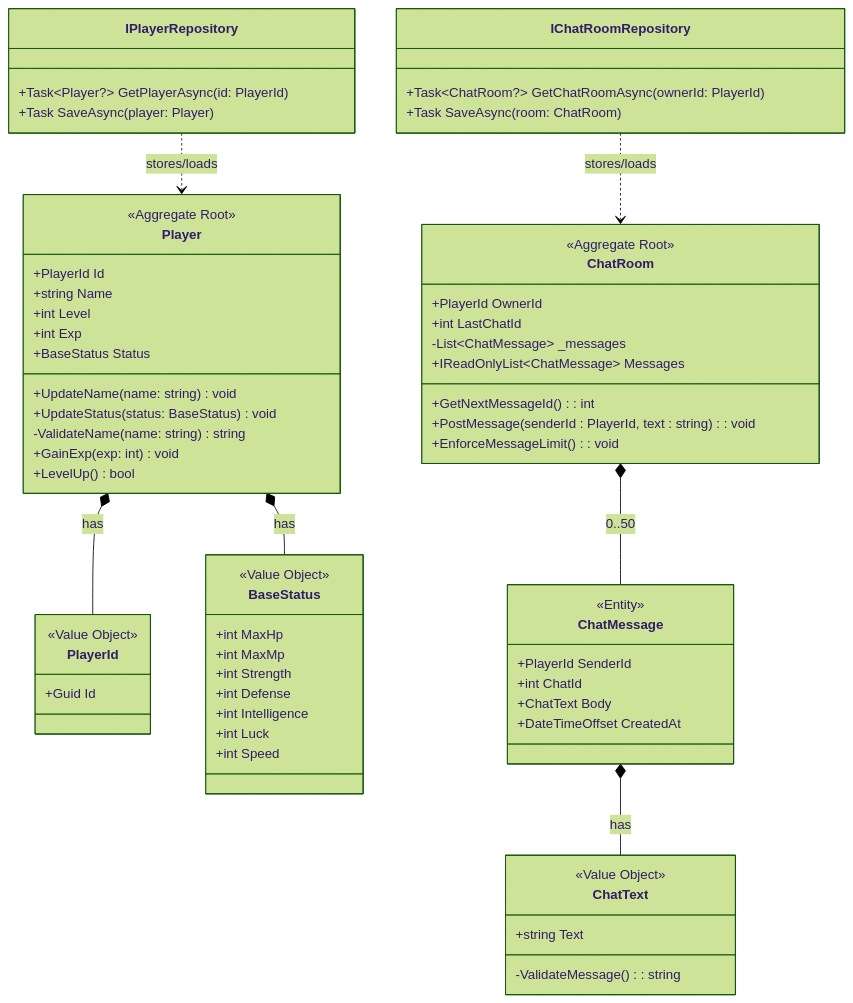
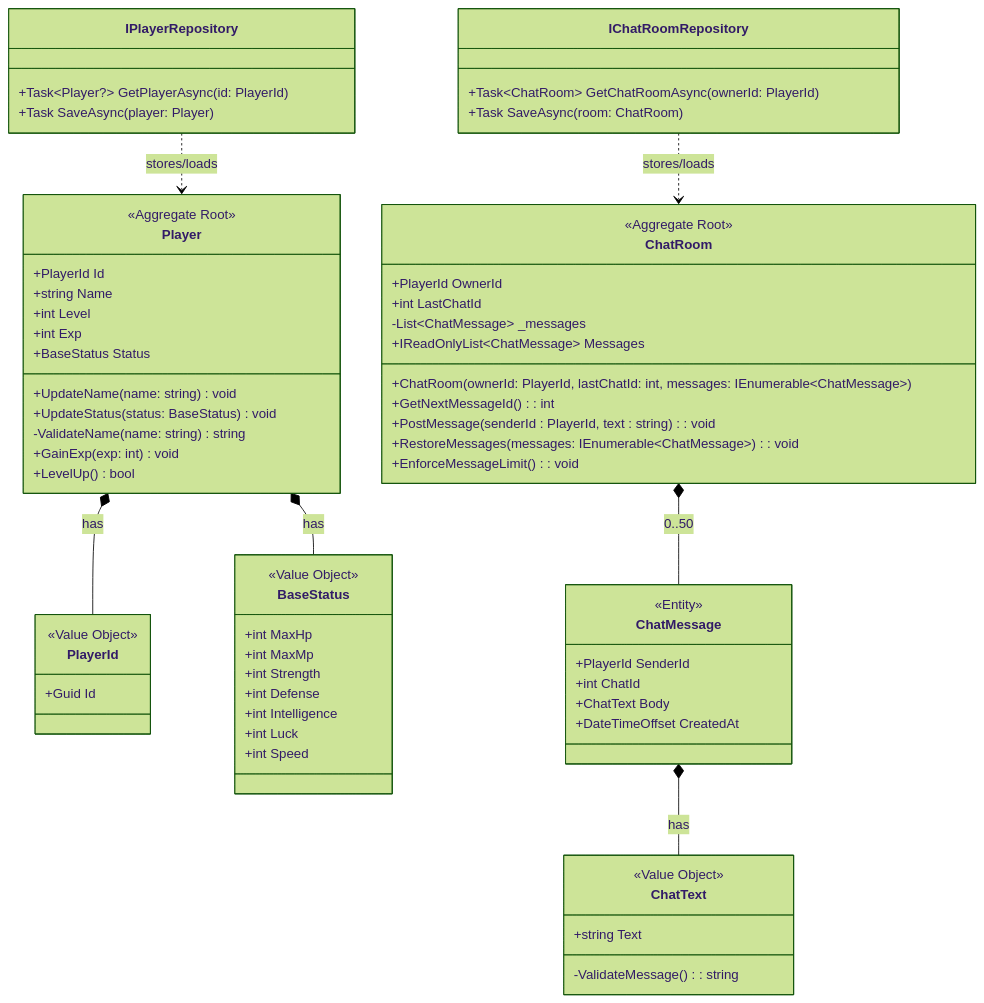
The diagram in docs/01_ドメインモデル.mmd (ayumu203/nisekue), drawn with Mermaid (forest theme) before and after one commit. The commit also changed 1 other file, not shown here.

```diff
--- a/docs/01_ドメインモデル.mmd
+++ b/docs/01_ドメインモデル.mmd
@@ -1,74 +1,81 @@
 classDiagram
     %% Player の基本情報
     class Player {
         <<Aggregate Root>>
         +PlayerId Id
         +string Name
         +int Level
         +int Exp
         +BaseStatus Status
         +UpdateName(name: string) void
         +UpdateStatus(status: BaseStatus) void
         -ValidateName(name: string) string 
         +GainExp(exp: int) void
         +LevelUp() bool
     }
 
     class PlayerId {
         <<Value Object>>
         +Guid Id
     }
 
     %% Player の基本ステータス
     class BaseStatus {
         <<Value Object>>
         +int MaxHp
         +int MaxMp
         +int Strength
         +int Defense
         +int Intelligence
         +int Luck
         +int Speed
     }
 
     class IPlayerRepository {
         +Task~Player?~ GetPlayerAsync(id: PlayerId)
         +Task SaveAsync(player: Player)
     }
     Player *-- PlayerId : has
     Player *-- BaseStatus : has
     IPlayerRepository ..> Player : stores/loads
 
     %% ルームチャット機能
     class ChatRoom {
         <<Aggregate Root>>
         +PlayerId OwnerId
         +int LastChatId
         -List~ChatMessage~ _messages
         +IReadOnlyList~ChatMessage~ Messages
+        +ChatRoom(ownerId: PlayerId, lastChatId: int, messages: IEnumerable~ChatMessage~)
         +GetNextMessageId() : int
         +PostMessage(senderId : PlayerId, text : string) : void
+        +RestoreMessages(messages: IEnumerable~ChatMessage~) : void
         +EnforceMessageLimit() : void
     }
     %% メッセージ管理の単位
     class ChatMessage {
         <<Entity>>
         +PlayerId SenderId
         +int ChatId
         +ChatText Body
         +DateTimeOffset CreatedAt
     }
     %% メッセージの文字列の値オブジェクト
     class ChatText {
         <<Value Object>>
         +string Text
         -ValidateMessage() : string
     }
 
     class IChatRoomRepository {
-        +Task~ChatRoom?~ GetChatRoomAsync(ownerId: PlayerId)
+        +Task~ChatRoom~ GetChatRoomAsync(ownerId: PlayerId)
         +Task SaveAsync(room: ChatRoom)
     }
     ChatRoom *-- ChatMessage : 0..50
     ChatMessage *-- ChatText : has
     IChatRoomRepository ..> ChatRoom : stores/loads
+
+    %% Repository rule:
+    %% - GetChatRoomAsync: 未作成時は new ChatRoom(ownerId, 0) を返す
+    %% - SaveAsync: chat_rooms/chat_messages を同一トランザクションで差分upsert
+    %% - LastChatId: max(chat_messages.chat_id) 以上を維持し、不整合時は max(last_chat_id, max(chat_id)) を正とする
```
